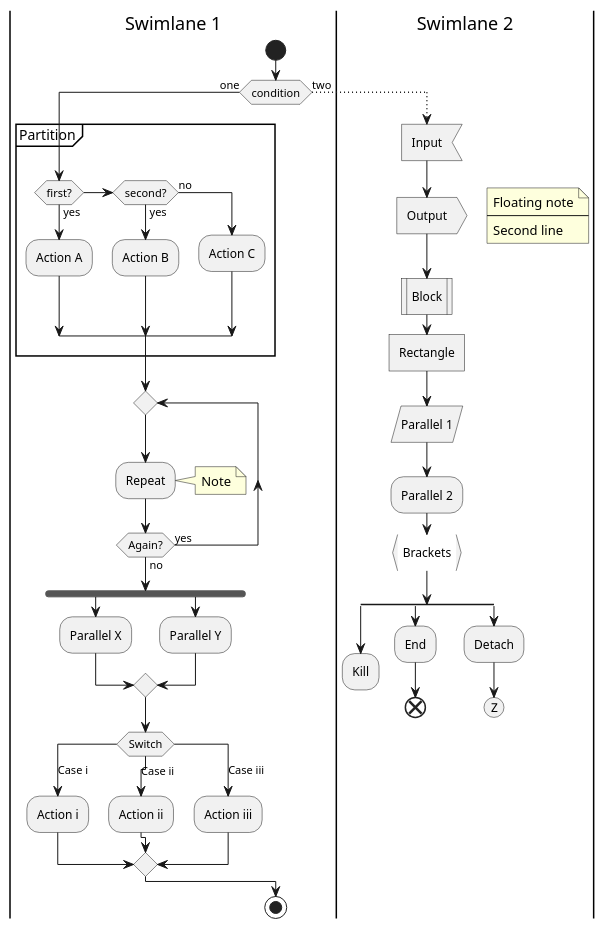
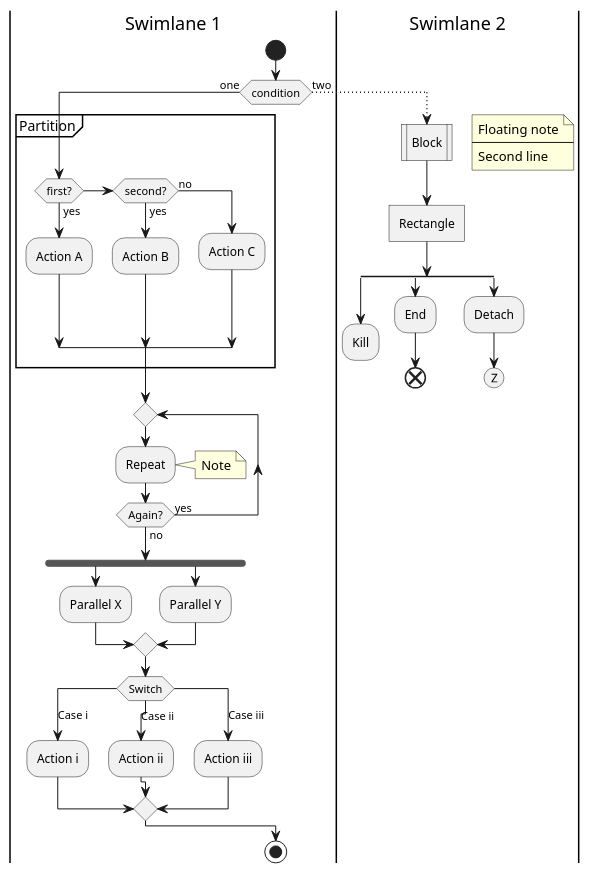
One commit to rolfkleef/drostan-styleguide changed the diagram in docs/modules/visual_style/examples/puml/activity.puml. Above: the diagram before and after it, drawn with PlantUML. The commit also changed 6 other files, not shown here.

First line of the commit message:
improvement: PlantUML diagrams

```diff
--- a/docs/modules/visual_style/examples/puml/activity.puml
+++ b/docs/modules/visual_style/examples/puml/activity.puml
@@ -1,70 +1,67 @@
 @startuml
+
 |Swimlane 1|
 start
 
   if (condition) then (one)
   partition "Partition" {
     if (first?) then (yes)
       :Action A;
     elseif (second?) then (yes)
       :Action B;
     else (no)
       :Action C;
     endif
   }
-  
+
   repeat
     :Repeat;
     note right: Note
   repeat while (Again?) is (yes) not (no)
 
   fork
     :Parallel X;
   fork again
     :Parallel Y;
   end merge
-  
+
   switch (Switch)
   case (Case i)
     :Action i;
   case (Case ii)
     :Action ii;
   case (Case iii)
     :Action iii;
   endswitch
 
 else (two)
   -[dotted]->
 
   |Swimlane 2|
-  :Input<
-  :Output>
+  :Block|
+
   floating note right
     Floating note
     ----
     Second line
   end note
-  
-  :Block|
+
   :Rectangle]
-  :Parallel 1/
-  :Parallel 2\\
-  :Brackets}
 
   split
     :Kill;
     kill
   split again
     :End;
     end;
   split again
     :Detach;
     (Z)
     detach
   end split
 endif
 
-|Swimlane 1|  
+|Swimlane 1|
 
 stop
 @enduml
```
